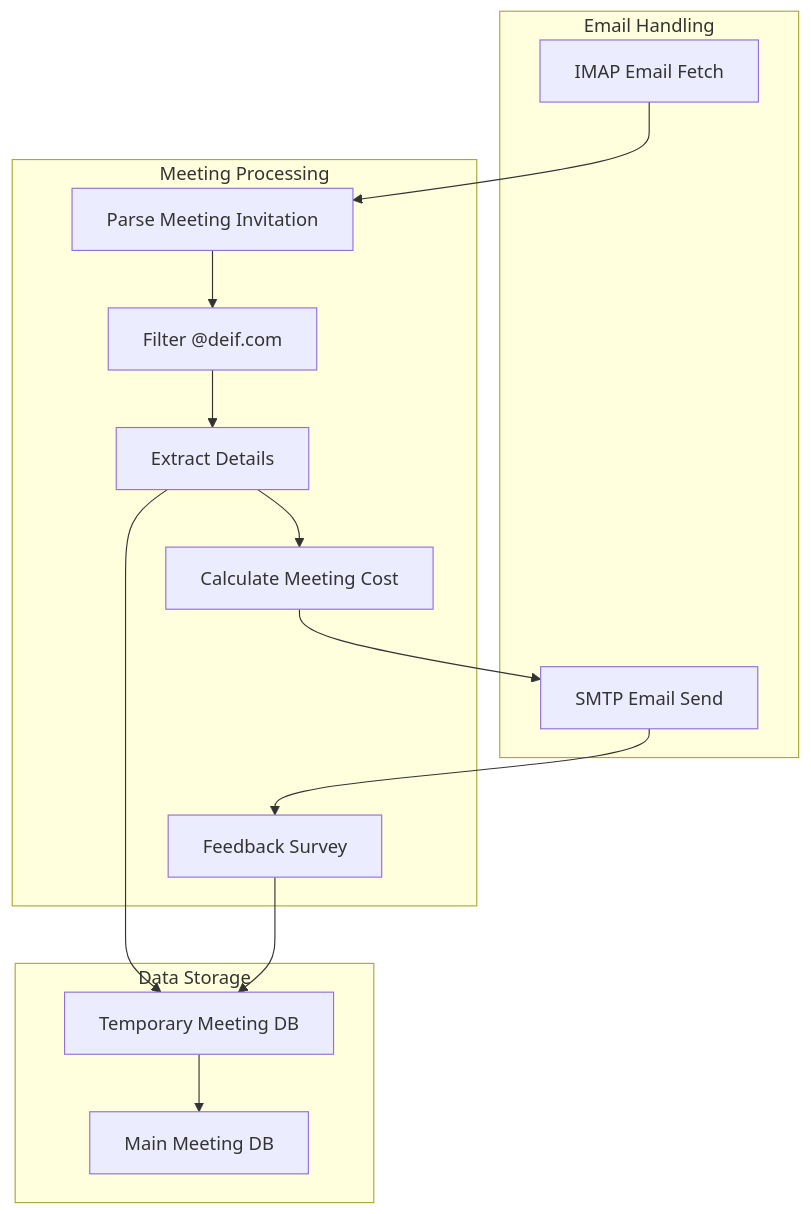
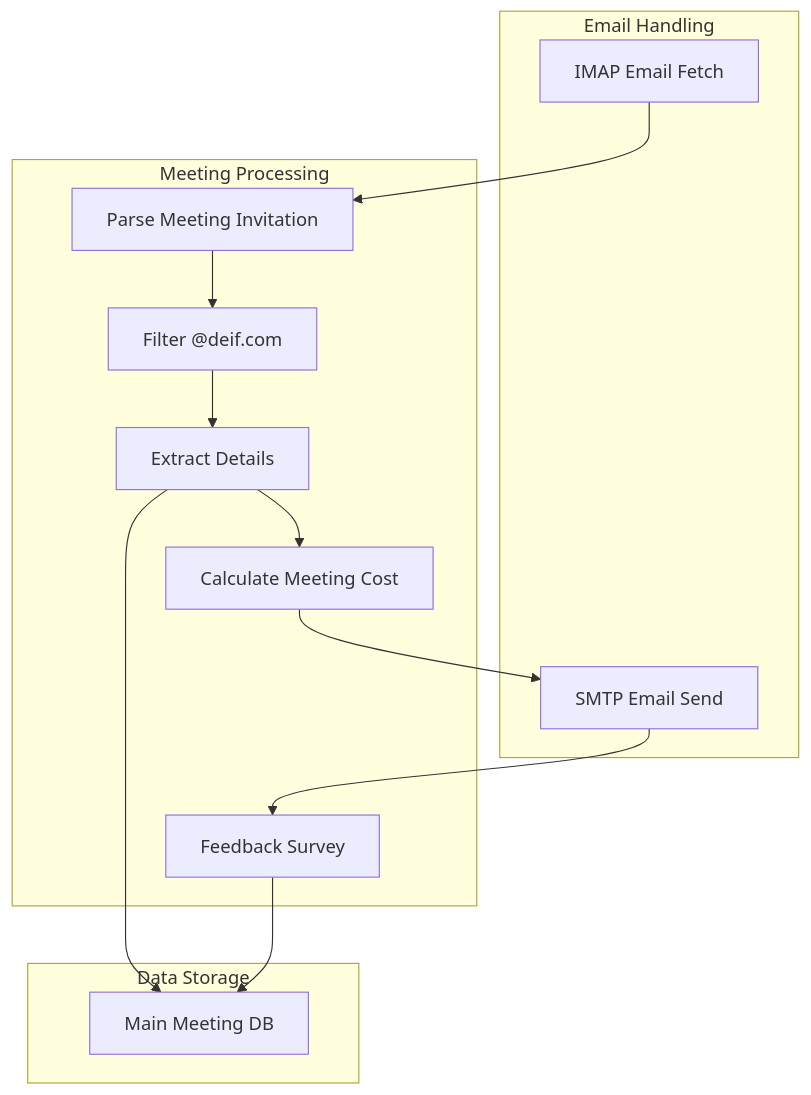
The diagram in doc/system-architecture.md (Morsianeren/meeting-calculator-bot), drawn with Mermaid before and after one commit. The commit also changed 2 other files, not shown here.

Commit message:
Change docs and requirements to have a single database

````diff
--- a/doc/system-architecture.md
+++ b/doc/system-architecture.md
@@ -3,27 +3,25 @@
 ```mermaid
 flowchart TD
     subgraph Email Handling
         IMAP[IMAP Email Fetch]
         SMTP[SMTP Email Send]
     end
     subgraph Meeting Processing
         ParseInvite[Parse Meeting Invitation]
         FilterSender[Filter @deif.com]
         ExtractDetails[Extract Details]
         CostCalc[Calculate Meeting Cost]
         Feedback[Feedback Survey]
     end
     subgraph Data Storage
-        TempDB[Temporary Meeting DB]
         MainDB[Main Meeting DB]
     end
     IMAP --> ParseInvite
     ParseInvite --> FilterSender
     FilterSender --> ExtractDetails
     ExtractDetails --> CostCalc
     CostCalc --> SMTP
-    ExtractDetails --> TempDB
-    Feedback --> TempDB
-    TempDB --> MainDB
+    ExtractDetails --> MainDB
+    Feedback --> MainDB
     SMTP --> Feedback
 ```
````
